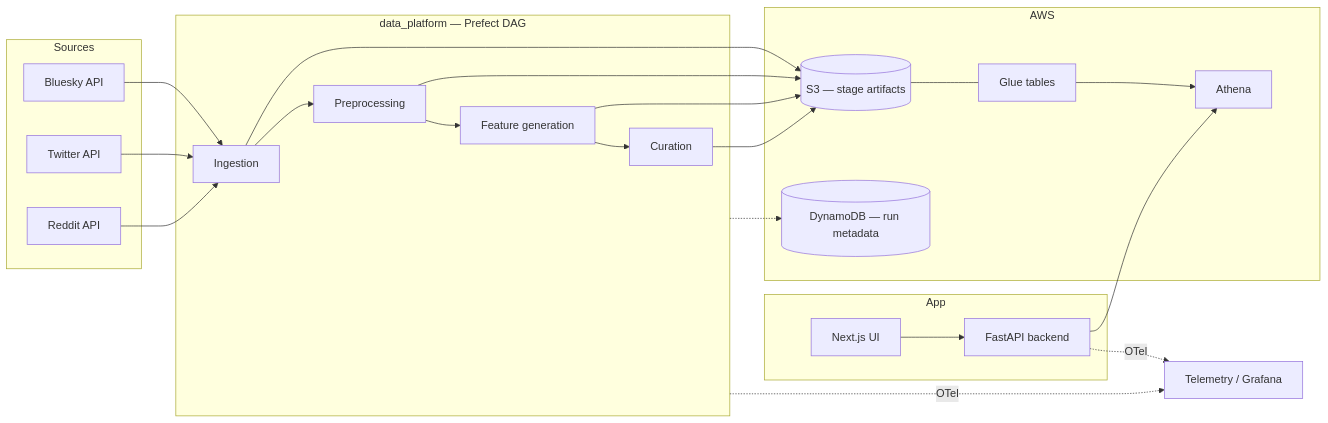
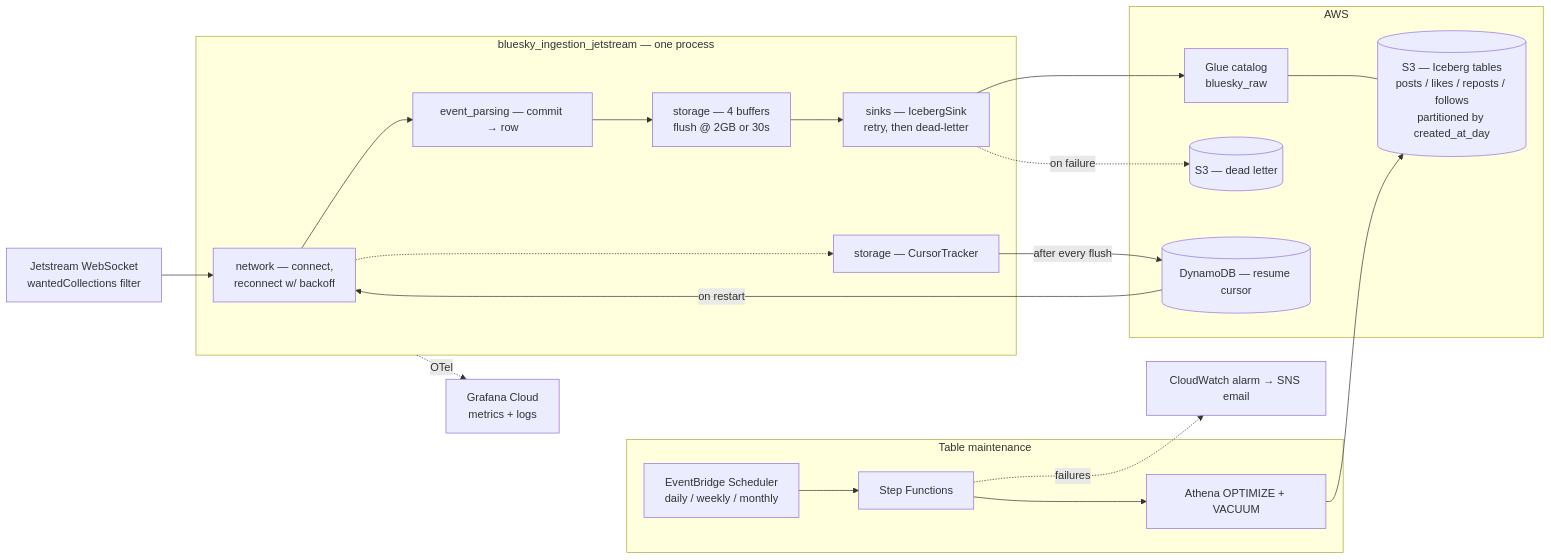
The diagram in README.md (METResearchGroup/lab_data_integrations_interface), drawn with Mermaid before and after one commit. The commit also changed other lines of this file, not shown here.

Commit message:
update readme with jetstream

````diff
--- a/README.md
+++ b/README.md
@@ -11,37 +11,38 @@
 ```mermaid
 flowchart LR
-  subgraph Sources
-    BSky[Bluesky API]
-    Tw[Twitter API]
-    Rd[Reddit API]
-  end
+  JS[Jetstream WebSocket<br/>wantedCollections filter]
 
-  subgraph Pipeline["data_platform — Prefect DAG"]
-    Ing[Ingestion]
-    Pre[Preprocessing]
-    Feat[Feature generation]
-    Cur[Curation]
-    Ing --> Pre --> Feat --> Cur
+  subgraph Process["bluesky_ingestion_jetstream — one process"]
+    Net[network — connect,<br/>reconnect w/ backoff]
+    Parse[event_parsing — commit → row]
+    Buf[storage — 4 buffers<br/>flush @ 2GB or 30s]
+    Sink[sinks — IcebergSink<br/>retry, then dead-letter]
+    Cur[storage — CursorTracker]
+    Net --> Parse --> Buf --> Sink
+    Net -.-> Cur
   end
 
   subgraph AWS
-    S3[(S3 — stage artifacts)]
-    Glue[Glue tables]
-    Ath[Athena]
-    DDB[(DynamoDB — run metadata)]
-    S3 --- Glue --> Ath
+    Glue[Glue catalog<br/>bluesky_raw]
+    S3[(S3 — Iceberg tables<br/>posts / likes / reposts / follows<br/>partitioned by created_at_day)]
+    DL[(S3 — dead letter)]
+    DDB[(DynamoDB — resume cursor)]
+    Glue --- S3
   end
 
-  subgraph App
-    UI[Next.js UI]
-    API[FastAPI backend]
-    UI --> API
+  subgraph Maintenance["Table maintenance"]
+    Sched[EventBridge Scheduler<br/>daily / weekly / monthly]
+    SFN[Step Functions]
+    Ath[Athena OPTIMIZE + VACUUM]
+    Sched --> SFN --> Ath
   end
 
-  BSky & Tw & Rd --> Ing
-  Ing & Pre & Feat & Cur --> S3
-  Pipeline -.-> DDB
-  API --> Ath
-  Pipeline -. OTel .-> Tel[Telemetry / Grafana]
-  API -. OTel .-> Tel
+  JS --> Net
+  Sink --> Glue
+  Sink -. on failure .-> DL
+  Cur -- after every flush --> DDB
+  DDB -- on restart --> Net
+  Ath --> S3
+  SFN -. failures .-> Alarm[CloudWatch alarm → SNS email]
+  Process -. OTel .-> Graf[Grafana Cloud<br/>metrics + logs]
 ```
````
